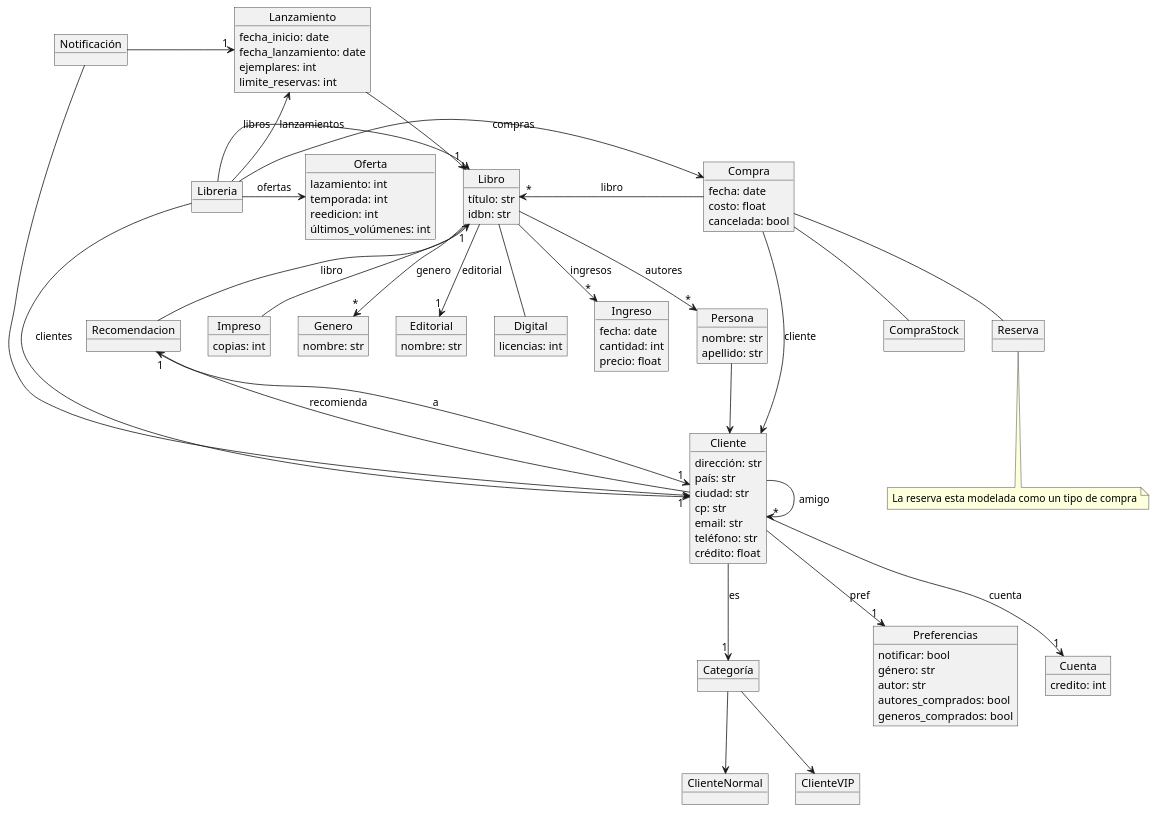
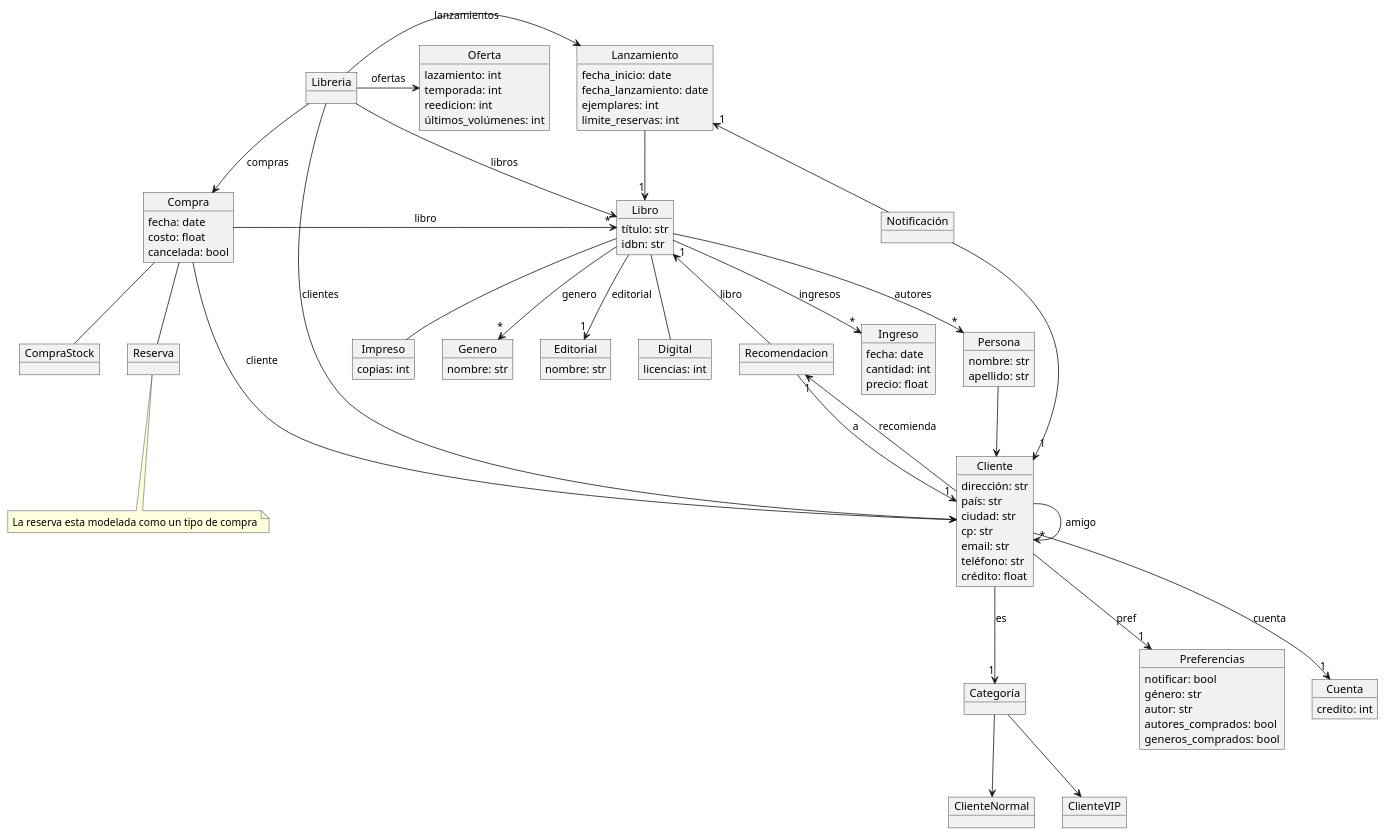
The diagram in tp/modelo-de-dominio.plantuml (pablodanielrey/dsbm), drawn with PlantUML before and after one commit. The commit also changed 1 other file, not shown here.

```diff
--- a/tp/modelo-de-dominio.plantuml
+++ b/tp/modelo-de-dominio.plantuml
@@ -1,151 +1,153 @@
 @startuml
 
 
 object Oferta {
     lazamiento: int
     temporada: int
     reedicion: int
     últimos_volúmenes: int
 }
 
 
 together {
     object Persona {
         nombre: str
         apellido: str
     }
     object Cliente {
         dirección: str
         país: str
         ciudad: str
         cp: str
         email: str
         teléfono: str
         crédito: float
     }
 
     object Categoría
     object ClienteNormal
     object ClienteVIP
 }
 
 object Preferencias {
     notificar: bool
     género: str
     autor: str
     autores_comprados: bool
     generos_comprados: bool
 }
 
 together {
     object Libro {
         título: str
         idbn: str
     }
     object Digital {
         licencias: int
     }
     object Impreso {
         copias: int
     }
     object Genero {
         nombre: str
     }
     object Editorial {
         nombre: str
     }
 }
 
-object Compra {
-    fecha: date
-    costo: float
-    cancelada: bool
+together {
+
+    object Compra {
+        fecha: date
+        costo: float
+        cancelada: bool
+    }
+    object CompraStock {
+    }
+    object Reserva {
+    }
+    note bottom of Reserva: La reserva esta modelada como un tipo de compra
 }
-object CompraStock {
-}
-object Reserva {
-}
-note bottom of Reserva: La reserva esta modelada como un tipo de compra
-
 
 object Ingreso {
     fecha: date
     cantidad: int
     precio: float
 }
 
 object Recomendacion
 
 object Notificación
 
 object Libreria {
 }
 
 object Lanzamiento {
     fecha_inicio: date
     fecha_lanzamiento: date
     ejemplares: int
     limite_reservas: int
 }
 
 object Cuenta {
     credito: int
 }
 
 
 Libreria -> Cliente : clientes
 Libreria -> Libro : libros
 Libreria -> Compra : compras
 Libreria -> Oferta : ofertas
-Libreria -l-> Lanzamiento : lanzamientos
+Libreria -> Lanzamiento : lanzamientos
 
 /'
 object Inventario
 object StockDigital {
     licencias: int
 }
 object StockFisico {
     copias: int
 }
 
 Inventario -u- StockDigital
 StockDigital -u- "1" Digital : en_stock
 Inventario -u- StockFisico
 StockFisico -u- "1" Impreso : en_stock
 '/
 
 Cliente -d-> "1" Preferencias : pref
 Cliente -d-> "1" Cuenta : cuenta
 
 
 Compra -> "*" Libro : libro
 Compra -d- CompraStock
 Compra -d- Reserva
 Compra -> Cliente : cliente
 
 Libro --> "*" Persona : autores
 Libro --> "*" Genero: genero
 Libro --> "1" Editorial: editorial
 Libro --> "*" Ingreso : ingresos
 
 Persona -d-> Cliente
 Cliente -d-> "1" Categoría : es
 Categoría -d-> ClienteNormal
 Categoría -d-> ClienteVIP
 
 'Cliente ---> "*" Compra : realiza
 Cliente -> "*" Cliente : amigo
 Cliente -u-> "1" Recomendacion : recomienda
 Recomendacion --> "1" Cliente : a
 Recomendacion -l-> "1" Libro : libro
 
 
 Libro -d- Digital
 Libro -d- Impreso
 
 Lanzamiento -d-> "1" Libro
 
 Notificación -> "1" Cliente
-Notificación -> "1" Lanzamiento
+Notificación -u-> "1" Lanzamiento
 
 @enduml
```
